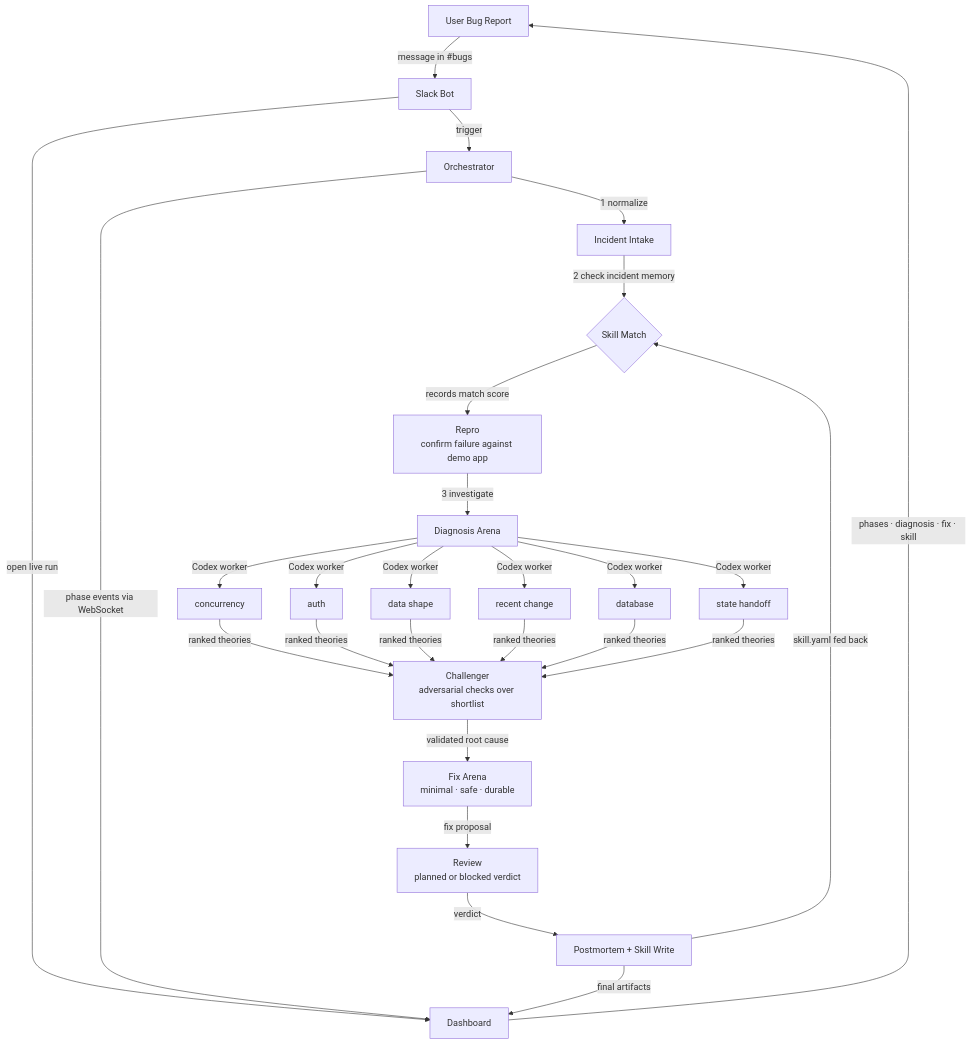
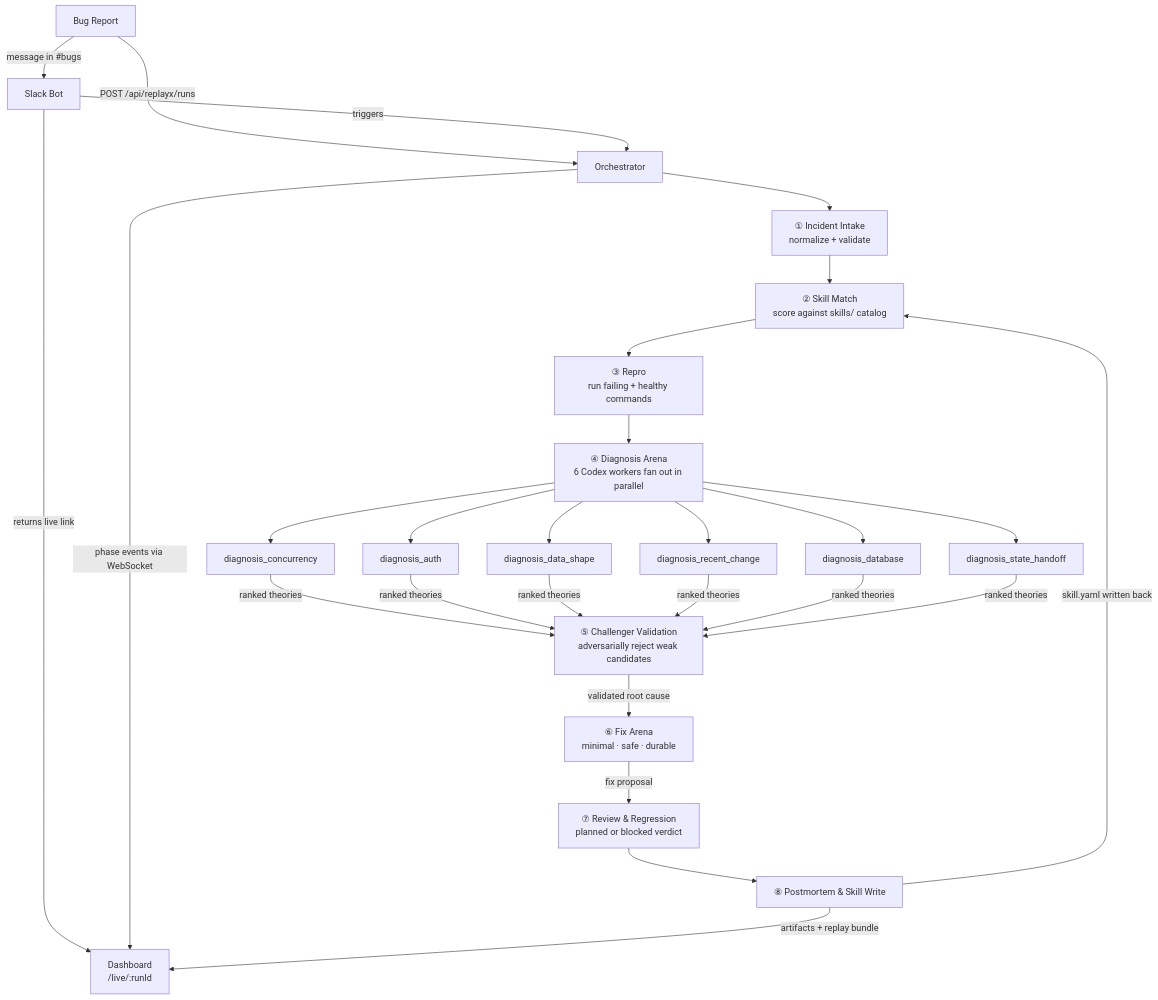
Before and after one commit to Spkap/ReplayX: the diagram in PIPELINE.md, drawn with Mermaid. The commit also changed other lines of this file and 58 other files, not shown here.

````diff
--- a/PIPELINE.md
+++ b/PIPELINE.md
@@ -16,31 +11,31 @@
 ```mermaid
 flowchart TD
-    A["User Bug Report"]
+    A["Bug Report"]
 
     A -->|message in #bugs| B["Slack Bot"]
-    B -->|trigger| C["Orchestrator"]
-    B -->|open live run| D["Dashboard"]
+    A -->|POST /api/replayx/runs| C["Orchestrator"]
+    B -->|triggers| C
+    B -->|returns live link| D["Dashboard\n/live/:runId"]
 
     C -->|phase events via WebSocket| D
 
-    C -->|1 normalize| E["Incident Intake"]
-    E -->|2 check incident memory| F{"Skill Match"}
-    F -->|records match score| G["Repro\nconfirm failure against demo app"]
-    G -->|3 investigate| H["Diagnosis Arena"]
+    C --> P1["① Incident Intake\nnormalize + validate"]
+    P1 --> P2["② Skill Match\nscore against skills/ catalog"]
+    P2 --> P3["③ Repro\nrun failing + healthy commands"]
+    P3 --> P4["④ Diagnosis Arena\n6 Codex workers fan out in parallel"]
 
-    H -->|Codex worker| H1["concurrency"]
-    H -->|Codex worker| H2["auth"]
-    H -->|Codex worker| H3["data shape"]
-    H -->|Codex worker| H4["recent change"]
-    H -->|Codex worker| H5["database"]
-    H -->|Codex worker| H6["state handoff"]
+    P4 --> W1["diagnosis_concurrency"]
+    P4 --> W2["diagnosis_auth"]
+    P4 --> W3["diagnosis_data_shape"]
+    P4 --> W4["diagnosis_recent_change"]
+    P4 --> W5["diagnosis_database"]
+    P4 --> W6["diagnosis_state_handoff"]
 
-    H1 & H2 & H3 & H4 & H5 & H6 -->|ranked theories| I["Challenger\nadversarial checks over shortlist"]
-    I -->|validated root cause| J["Fix Arena\nminimal · safe · durable"]
-    J -->|fix proposal| K["Review\nplanned or blocked verdict"]
-    K -->|verdict| L["Postmortem + Skill Write"]
+    W1 & W2 & W3 & W4 & W5 & W6 -->|ranked theories| P5["⑤ Challenger Validation\nadversarially reject weak candidates"]
+    P5 -->|validated root cause| P6["⑥ Fix Arena\nminimal · safe · durable"]
+    P6 -->|fix proposal| P7["⑦ Review & Regression\nplanned or blocked verdict"]
+    P7 --> P8["⑧ Postmortem & Skill Write"]
 
-    L -->|skill.yaml fed back| F
-    L -->|final artifacts| D
-    D -->|phases · diagnosis · fix · skill| A
+    P8 -->|skill.yaml written back| P2
+    P8 -->|artifacts + replay bundle| D
 ```
````
